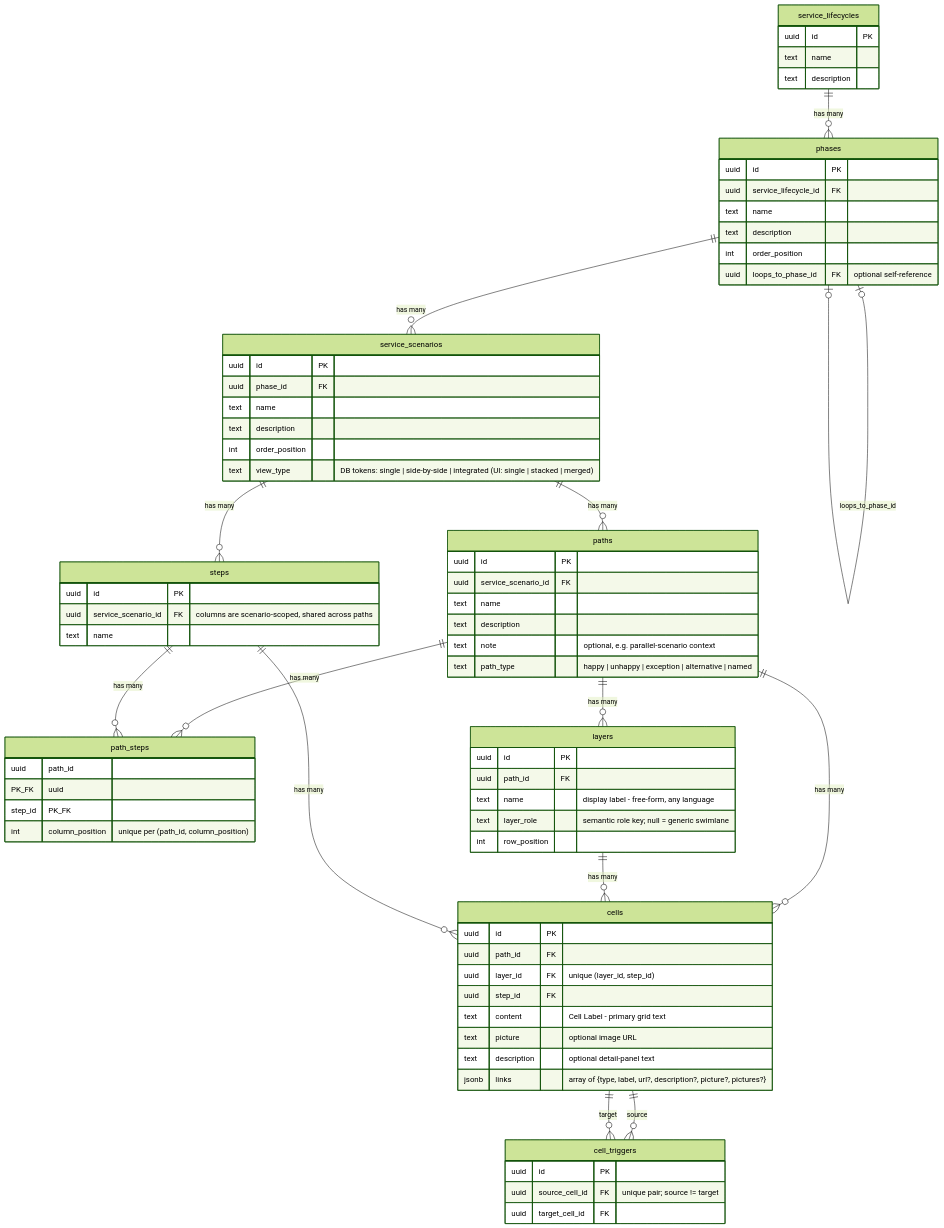
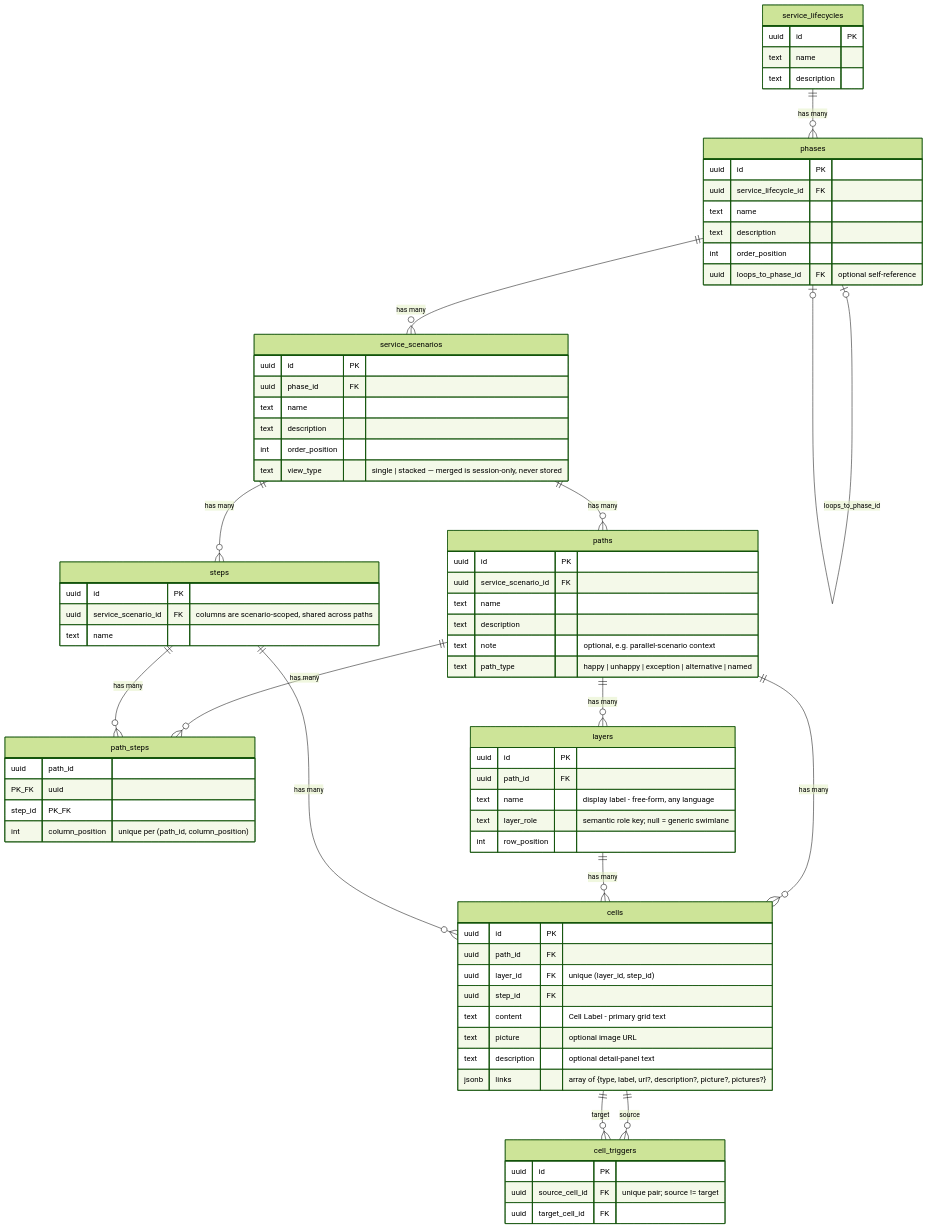
One commit to BilLogic/plus-uno-blueprint changed the diagram in src/lib/agent/skill/references/data-model.md. Above: the diagram before and after it, drawn with Mermaid (forest theme). The commit also changed other lines of this file and 11 other files, not shown here.

````diff
--- a/src/lib/agent/skill/references/data-model.md
+++ b/src/lib/agent/skill/references/data-model.md
@@ -33,26 +33,26 @@
 ```mermaid
 erDiagram
   service_lifecycles ||--o{ phases : "has many"
   phases ||--o{ service_scenarios : "has many"
   phases |o--o| phases : "loops_to_phase_id"
   service_scenarios ||--o{ paths : "has many"
   service_scenarios ||--o{ steps : "has many"
   paths ||--o{ path_steps : "has many"
   steps ||--o{ path_steps : "has many"
   paths ||--o{ layers : "has many"
   paths ||--o{ cells : "has many"
   layers ||--o{ cells : "has many"
   steps ||--o{ cells : "has many"
   cells ||--o{ cell_triggers : "source"
   cells ||--o{ cell_triggers : "target"
 
   service_lifecycles { uuid id PK  text name  text description }
   phases { uuid id PK  uuid service_lifecycle_id FK  text name  text description  int order_position  uuid loops_to_phase_id FK "optional self-reference" }
-  service_scenarios { uuid id PK  uuid phase_id FK  text name  text description  int order_position  text view_type "DB tokens: single | side-by-side | integrated (UI: single | stacked | merged)" }
+  service_scenarios { uuid id PK  uuid phase_id FK  text name  text description  int order_position  text view_type "single | stacked — merged is session-only, never stored" }
   paths { uuid id PK  uuid service_scenario_id FK  text name  text description  text note "optional, e.g. parallel-scenario context"  text path_type "happy | unhappy | exception | alternative | named" }
   steps { uuid id PK  uuid service_scenario_id FK "columns are scenario-scoped, shared across paths"  text name }
   path_steps { uuid path_id PK_FK  uuid step_id PK_FK  int column_position "unique per (path_id, column_position)" }
   layers { uuid id PK  uuid path_id FK  text name "display label - free-form, any language"  text layer_role "semantic role key; null = generic swimlane"  int row_position }
   cells { uuid id PK  uuid path_id FK  uuid layer_id FK "unique (layer_id, step_id)"  uuid step_id FK  text content "Cell Label - primary grid text"  text picture "optional image URL"  text description "optional detail-panel text"  jsonb links "array of {type, label, url?, description?, picture?, pictures?}" }
   cell_triggers { uuid id PK  uuid source_cell_id FK "unique pair; source != target"  uuid target_cell_id FK }
 ```
````
